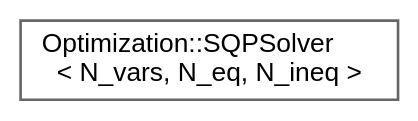
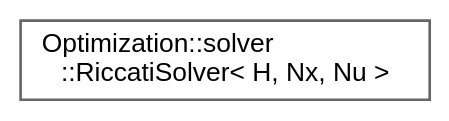
One commit to jswoo0615/Algorithms_for_Optimization_cpp changed the diagram in inherit_graph_66.dot. Above: the diagram before and after it, drawn with Graphviz. The commit also changed 57 other files, not shown here.

```diff
--- a/inherit_graph_66.dot
+++ b/inherit_graph_66.dot
@@ -1,9 +1,9 @@
 digraph "Graphical Class Hierarchy"
 {
  // LATEX_PDF_SIZE
   bgcolor="transparent";
   edge [fontname=Helvetica,fontsize=10,labelfontname=Helvetica,labelfontsize=10];
   node [fontname=Helvetica,fontsize=10,shape=box,height=0.2,width=0.4];
   rankdir="LR";
-  Node0 [id="Node000000",label="Optimization::SQPSolver\l\< N_vars, N_eq, N_ineq \>",height=0.2,width=0.4,color="grey40", fillcolor="white", style="filled",URL="$classOptimization_1_1SQPSolver.html",tooltip="SQPSolver 클래스"];
+  Node0 [id="Node000000",label="Optimization::solver\l::RiccatiSolver\< H, Nx, Nu \>",height=0.2,width=0.4,color="grey40", fillcolor="white", style="filled",URL="$structOptimization_1_1solver_1_1RiccatiSolver.html",tooltip="Discrete-time Riccati Recursion Solver (LQR / KKT Block Solver)"];
 }
```
